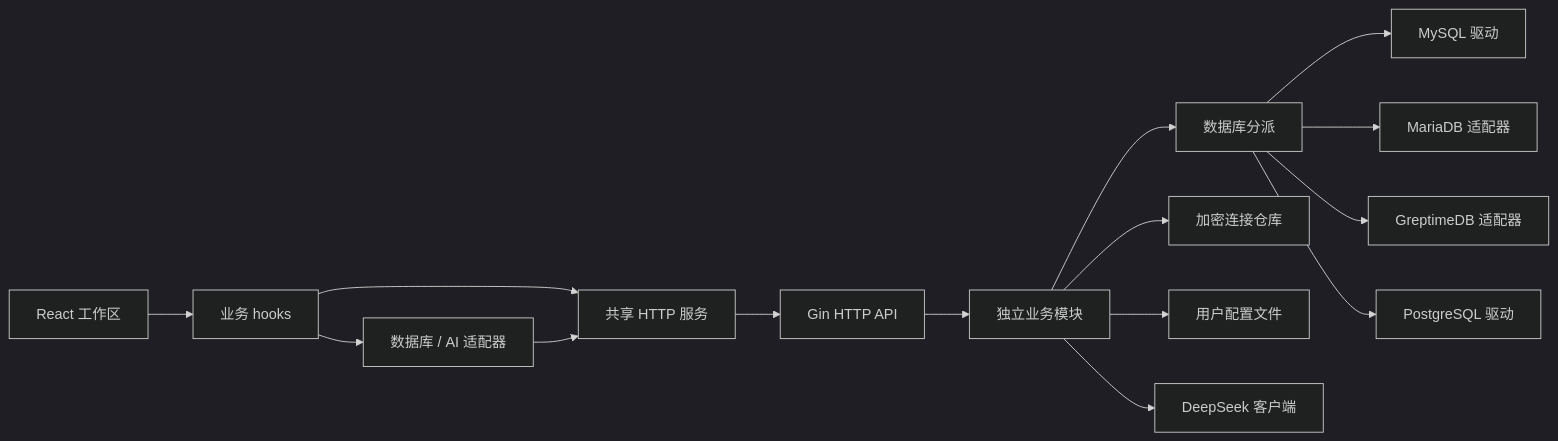
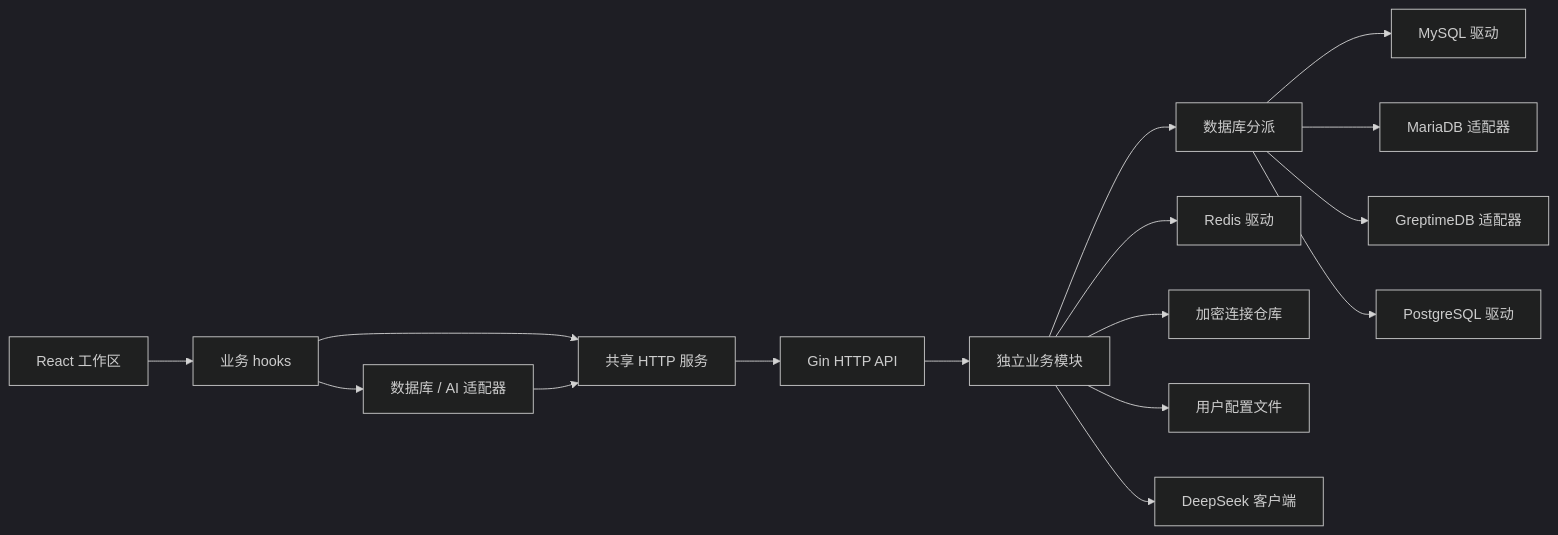
The diagram in docs/ARCHITECTURE.md (xiaozhang95/SQL-Studio), drawn with Mermaid (dark theme) before and after one commit. The commit also changed other lines of this file and 12 other files, not shown here.

````diff
--- a/docs/ARCHITECTURE.md
+++ b/docs/ARCHITECTURE.md
@@ -46,17 +48,18 @@
 ```mermaid
 flowchart LR
   UI[React 工作区] --> Hooks[业务 hooks]
   Hooks --> Adapter[数据库 / AI 适配器]
   Hooks --> HTTP[共享 HTTP 服务]
   Adapter --> HTTP
   HTTP --> Gin[Gin HTTP API]
   Gin --> Modules[独立业务模块]
   Modules --> Engines[数据库分派]
   Engines --> MySQL[MySQL 驱动]
   Engines --> MariaDB[MariaDB 适配器]
   Engines --> GreptimeDB[GreptimeDB 适配器]
   Engines --> PG[PostgreSQL 驱动]
+  Modules --> Redis[Redis 驱动]
   Modules --> Connections[加密连接仓库]
   Modules --> State[用户配置文件]
   Modules --> DeepSeek[DeepSeek 客户端]
 ```
````
